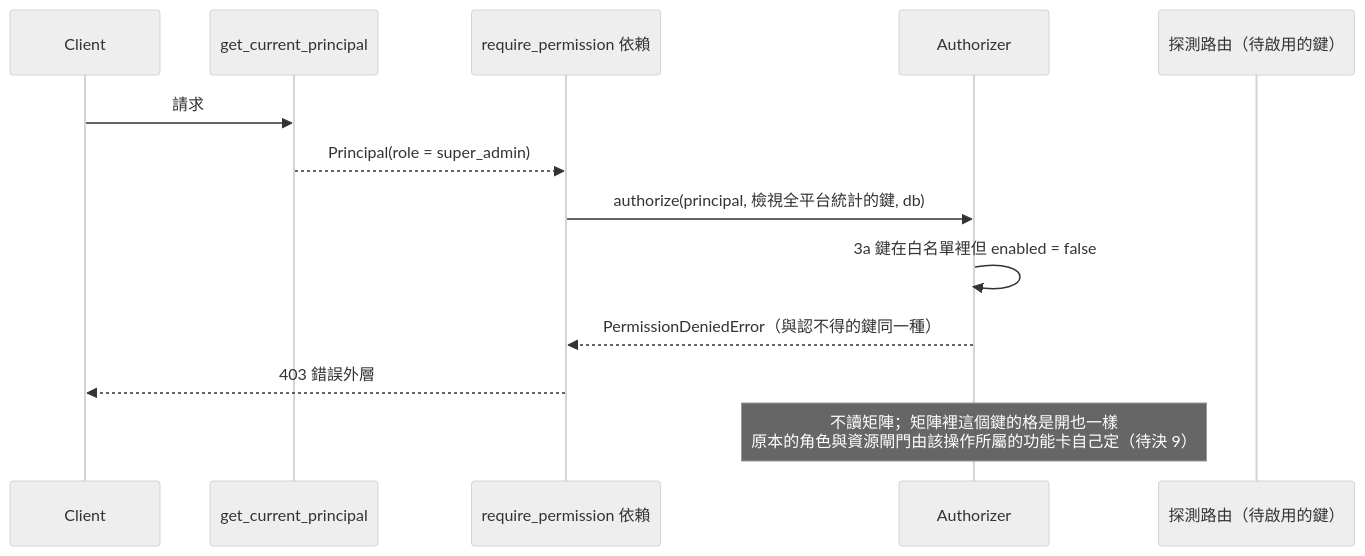
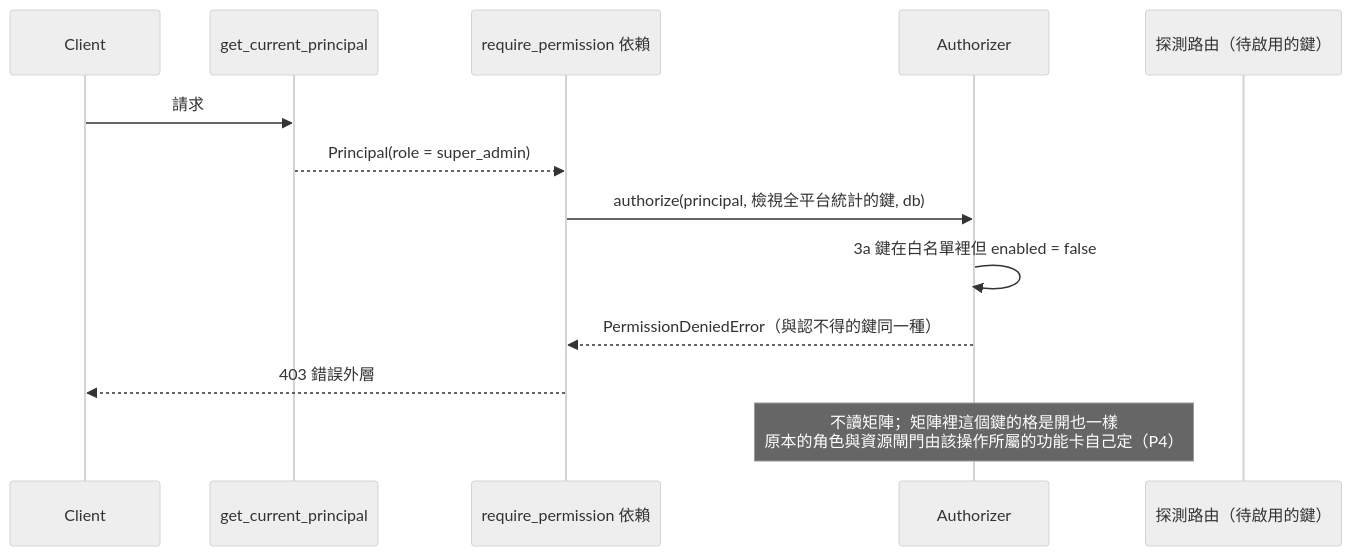
One commit to label-suite/label-suite changed the third of 8 diagrams in openspec/changes/authz-steps-3-4/system-design.md. Above: the diagram before and after it, drawn with Mermaid (neutral theme). The commit also changed other lines of this file and 3 other files, not shown here.

````diff
--- a/openspec/changes/authz-steps-3-4/system-design.md
+++ b/openspec/changes/authz-steps-3-4/system-design.md
@@ -293,15 +294,15 @@
 ```mermaid
 sequenceDiagram
   participant C as Client
   participant A as get_current_principal
   participant D as require_permission 依賴
   participant Z as Authorizer
   participant H as 探測路由（待啟用的鍵）
   C->>A: 請求
   A-->>D: Principal(role = super_admin)
   D->>Z: authorize(principal, 檢視全平台統計的鍵, db)
   Z->>Z: 3a 鍵在白名單裡但 enabled = false
   Z-->>D: PermissionDeniedError（與認不得的鍵同一種）
   D-->>C: 403 錯誤外層
-  Note over Z: 不讀矩陣；矩陣裡這個鍵的格是開也一樣<br/>原本的角色與資源閘門由該操作所屬的功能卡自己定（待決 9）
+  Note over Z: 不讀矩陣；矩陣裡這個鍵的格是開也一樣<br/>原本的角色與資源閘門由該操作所屬的功能卡自己定（P4）
 ```
````
